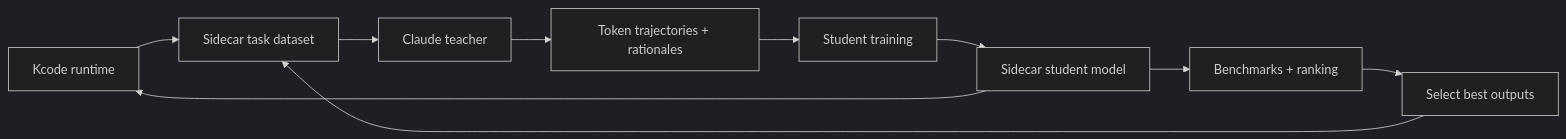
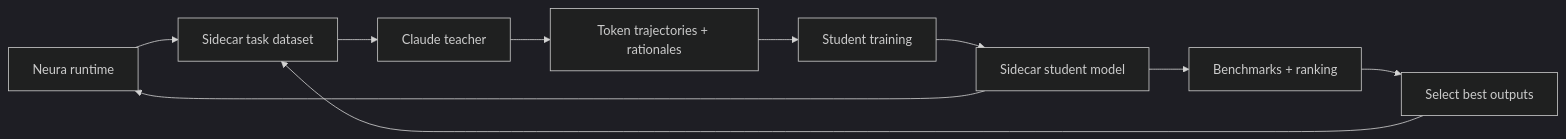
One commit to icedmoca/neura changed the second of 2 diagrams in docs/sidecartodo/claudesidecar.md. Above: the diagram before and after it, drawn with Mermaid (dark theme). The commit also changed other lines of this file and 562 other files, not shown here.

Commit message:
Rename Kcode to Neura

````diff
--- a/docs/sidecartodo/claudesidecar.md
+++ b/docs/sidecartodo/claudesidecar.md
@@ -36,12 +36,12 @@
 ```mermaid
 flowchart LR
-    K[Kcode runtime] --> Dataset[Sidecar task dataset]
+    K[Neura runtime] --> Dataset[Sidecar task dataset]
     Dataset --> Teacher[Claude teacher]
     Teacher --> Traj[Token trajectories + rationales]
     Traj --> Train[Student training]
     Train --> Student[Sidecar student model]
     Student --> Eval[Benchmarks + ranking]
     Eval --> Select[Select best outputs]
     Select --> Dataset
     Student --> K
 ```
````
